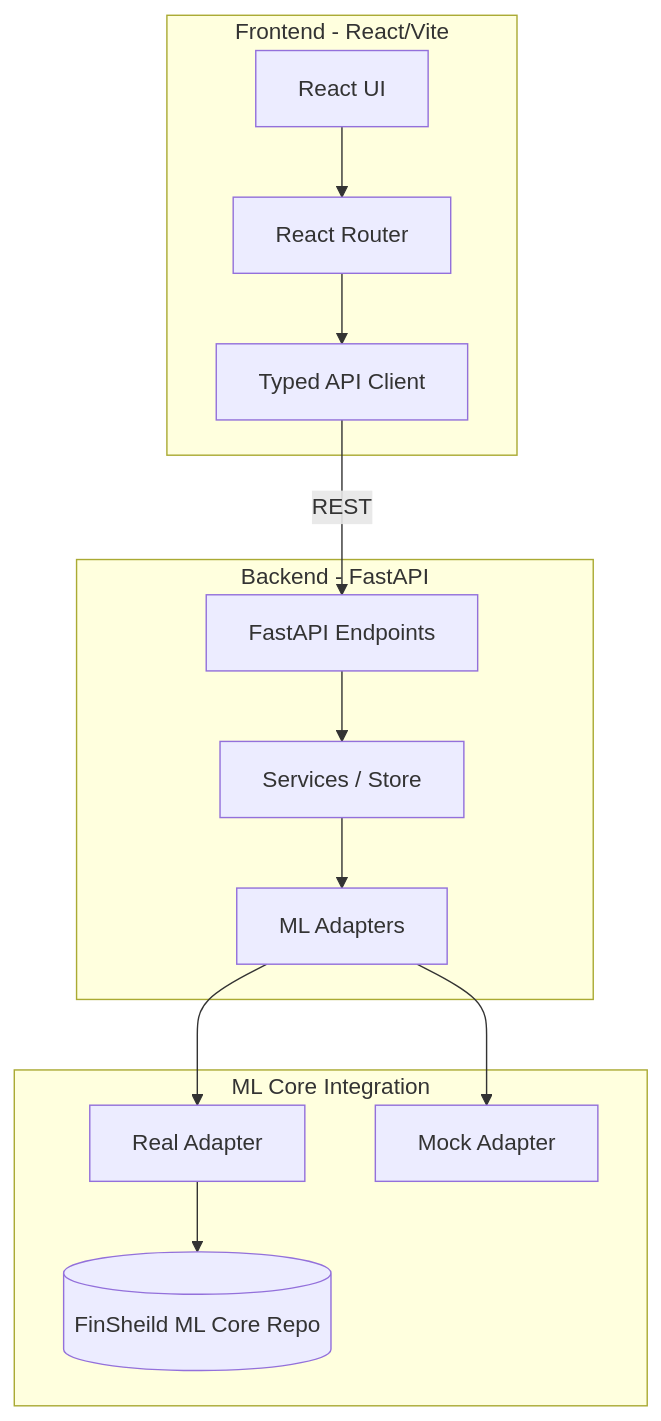
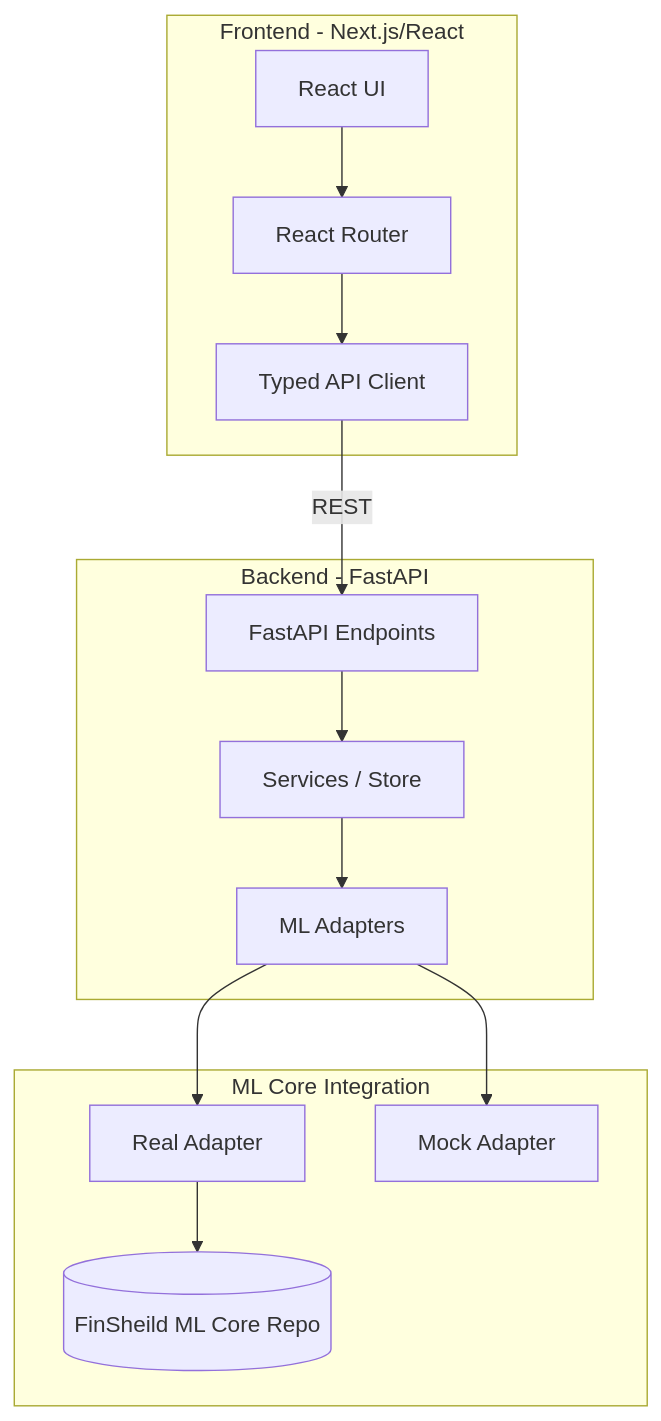
The diagram in docs/app.md (riddhibantia/Finsheild), drawn with Mermaid before and after one commit. The commit also changed other lines of this file and 38 other files, not shown here.

First line of the commit message:
Migrate frontend Vite SPA to Next.js 16 App Router

````diff
--- a/docs/app.md
+++ b/docs/app.md
@@ -28,28 +28,28 @@
 ```mermaid
 graph TD
-    subgraph Frontend [Frontend - React/Vite]
+    subgraph Frontend [Frontend - Next.js/React]
         UI[React UI]
         Router[React Router]
         APIClient[Typed API Client]
         UI --> Router
         Router --> APIClient
     end
 
     subgraph Backend [Backend - FastAPI]
         API[FastAPI Endpoints]
         Services[Services / Store]
         Adapters[ML Adapters]
         APIClient -- REST --> API
         API --> Services
         Services --> Adapters
     end
 
     subgraph Core [ML Core Integration]
         Real[Real Adapter]
         Mock[Mock Adapter]
         MLCore[(FinSheild ML Core Repo)]
         Adapters --> Real
         Adapters --> Mock
         Real --> MLCore
     end
 ```
````
